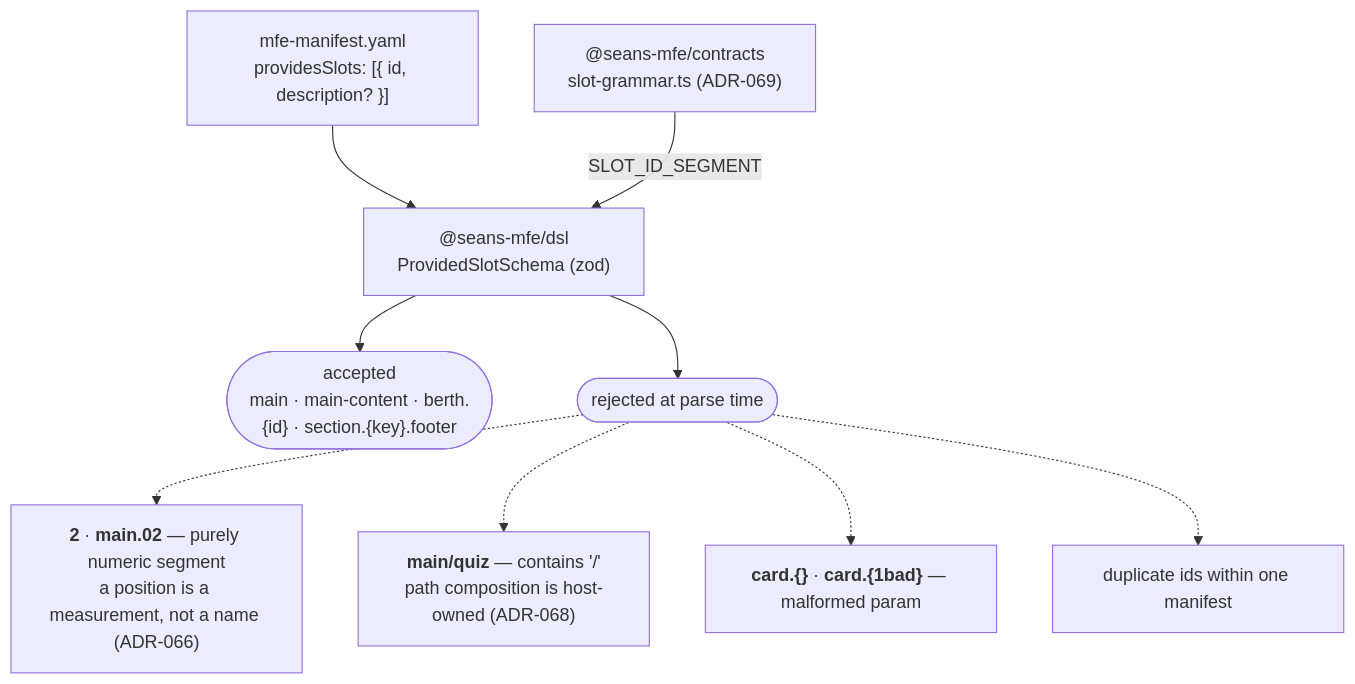
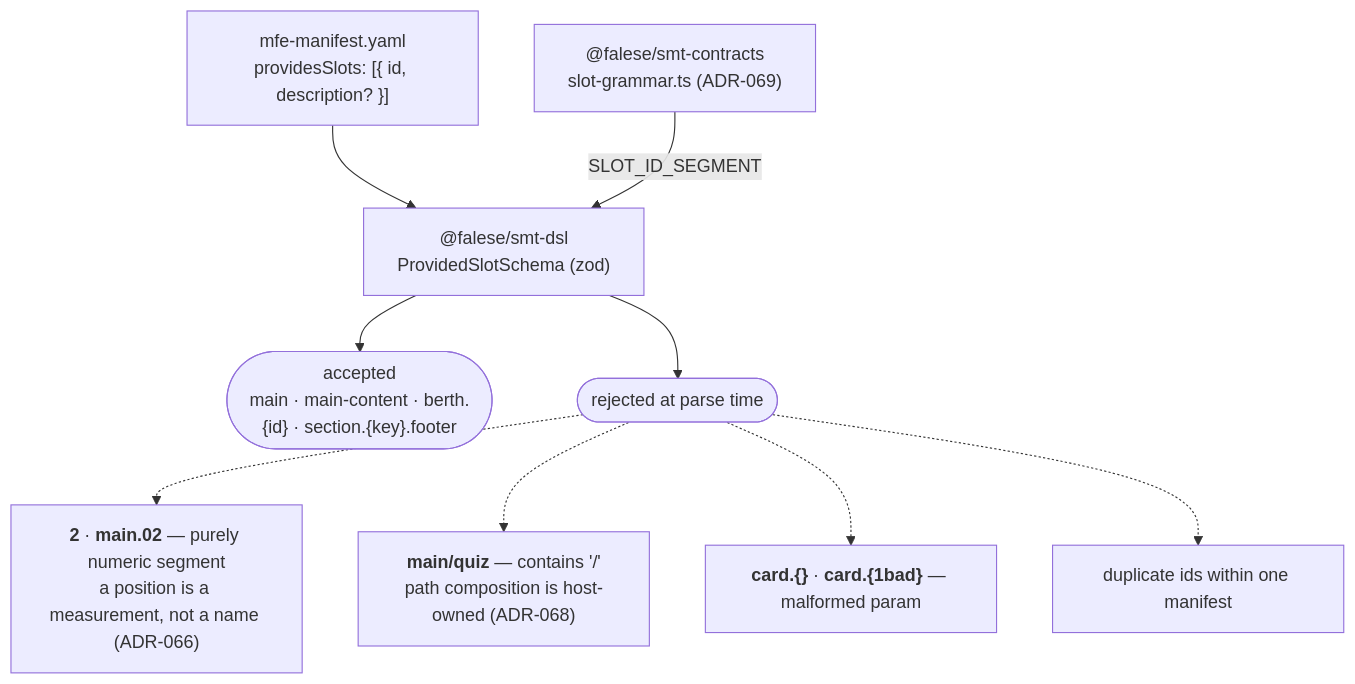
One commit to falese/seans-mfe-tool changed the first of 5 diagrams in docs/slot-architecture.md. Above: the diagram before and after it, drawn with Mermaid. The commit also changed 427 other files, not shown here.

First line of the commit message:
refactor!: rename platform packages to @falese/smt-* (ADR-083)

````diff
--- a/docs/slot-architecture.md
+++ b/docs/slot-architecture.md
@@ -25,18 +25,18 @@
 ```mermaid
 flowchart TD
   M["mfe-manifest.yaml<br/>providesSlots: [{ id, description? }]"]
-  G["@seans-mfe/contracts<br/>slot-grammar.ts (ADR-069)"]
-  S["@seans-mfe/dsl<br/>ProvidedSlotSchema (zod)"]
+  G["@falese/smt-contracts<br/>slot-grammar.ts (ADR-069)"]
+  S["@falese/smt-dsl<br/>ProvidedSlotSchema (zod)"]
   OK(["accepted<br/>main · main-content · berth.{id} · section.{key}.footer"])
   NO(["rejected at parse time"])
 
   M --> S
   G -- "SLOT_ID_SEGMENT" --> S
   S --> OK
   S --> NO
 
   NO -.-> R1["<b>2</b> · <b>main.02</b> — purely numeric segment<br/>a position is a measurement, not a name (ADR-066)"]
   NO -.-> R2["<b>main/quiz</b> — contains '/'<br/>path composition is host-owned (ADR-068)"]
   NO -.-> R3["<b>card.{}</b> · <b>card.{1bad}</b> — malformed param"]
   NO -.-> R4["duplicate ids within one manifest"]
 ```
````
